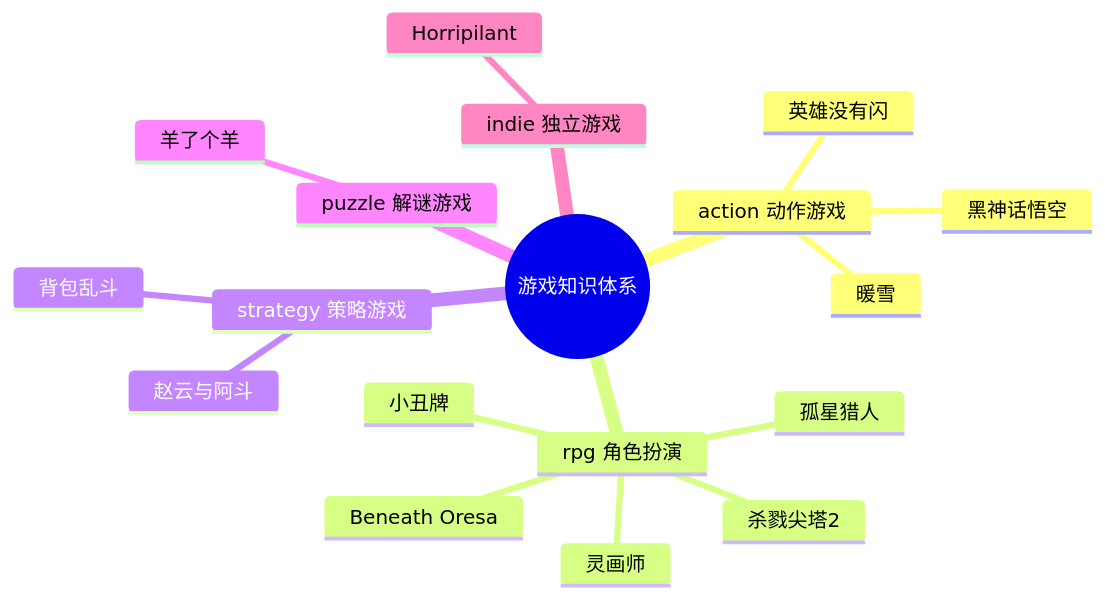
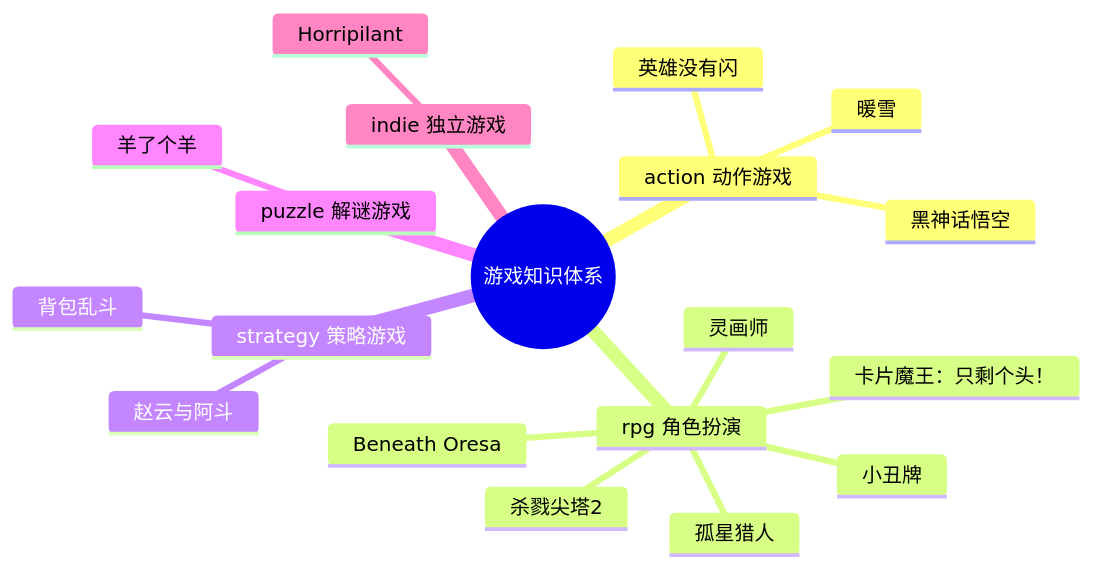
The diagram in games/游戏知识图谱.md (hongyesuifeng/readbooks), drawn with Mermaid before and after one commit. The commit also changed other lines of this file and 1 other file, not shown here.

First line of the commit message:
新增《卡片魔王：只剩个头！》游戏分析，更新游戏知识图谱

````diff
--- a/games/游戏知识图谱.md
+++ b/games/游戏知识图谱.md
@@ -9,21 +9,22 @@
 ```mermaid
 mindmap
   root((游戏知识体系))
     action 动作游戏
       英雄没有闪
       暖雪
       黑神话悟空
     rpg 角色扮演
       杀戮尖塔2
       灵画师
       Beneath Oresa
       小丑牌
       孤星猎人
+      卡片魔王：只剩个头！
     strategy 策略游戏
       背包乱斗
       赵云与阿斗
     puzzle 解谜游戏
       羊了个羊
     indie 独立游戏
       Horripilant
 ```
````
